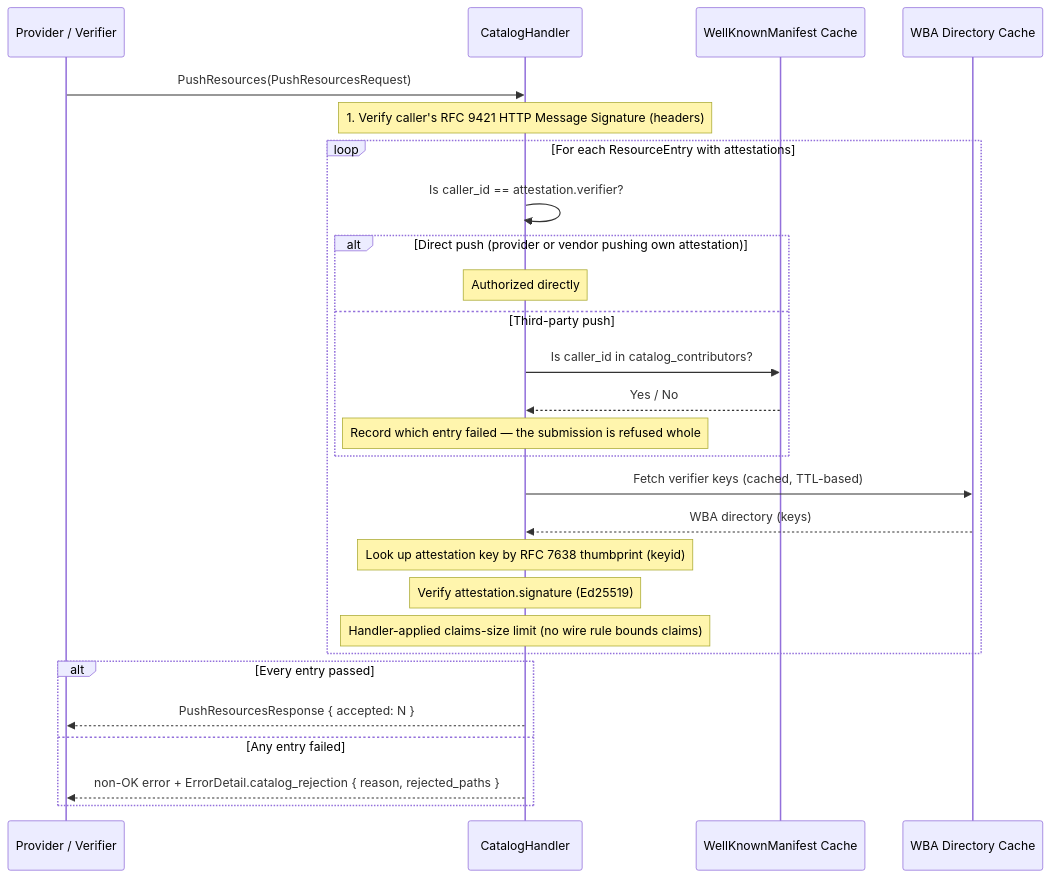
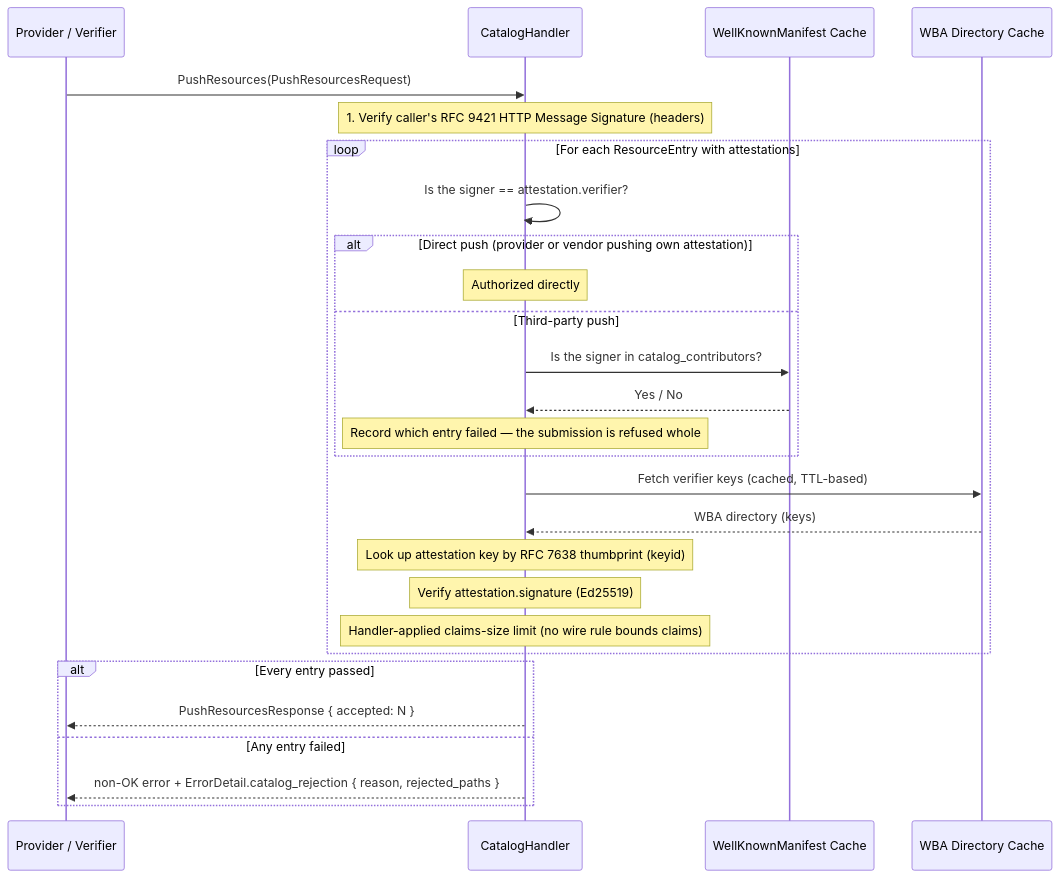
One commit to FORA-Protocol/protocol changed the fourth of 5 diagrams in website/src/content/docs/components/exchange/request-flows.mdx. Above: the diagram before and after it, drawn with Mermaid. The commit also changed 32 other files, not shown here.

````diff
--- a/website/src/content/docs/components/exchange/request-flows.mdx
+++ b/website/src/content/docs/components/exchange/request-flows.mdx
@@ -816,36 +816,36 @@
 ```mermaid
 sequenceDiagram
     participant Caller as Provider / Verifier
     participant Handler as CatalogHandler
     participant Manifest as WellKnownManifest Cache
     participant Verifier as WBA Directory Cache
 
     Caller->>Handler: PushResources(PushResourcesRequest)
 
     Note over Handler: 1. Verify caller's RFC 9421 HTTP Message Signature (headers)
 
     loop For each ResourceEntry with attestations
-        Handler->>Handler: Is caller_id == attestation.verifier?
+        Handler->>Handler: Is the signer == attestation.verifier?
 
         alt Direct push (provider or vendor pushing own attestation)
             Note over Handler: Authorized directly
         else Third-party push
-            Handler->>Manifest: Is caller_id in catalog_contributors?
+            Handler->>Manifest: Is the signer in catalog_contributors?
             Manifest-->>Handler: Yes / No
             Note over Handler: Record which entry failed — the submission is refused whole
         end
 
         Handler->>Verifier: Fetch verifier keys (cached, TTL-based)
         Verifier-->>Handler: WBA directory (keys)
 
         Note over Handler: Look up attestation key by RFC 7638 thumbprint (keyid)
         Note over Handler: Verify attestation.signature (Ed25519)
         Note over Handler: Handler-applied claims-size limit (no wire rule bounds claims)
     end
 
     alt Every entry passed
         Handler-->>Caller: PushResourcesResponse { accepted: N }
     else Any entry failed
         Handler-->>Caller: non-OK error + ErrorDetail.catalog_rejection { reason, rejected_paths }
     end
 ```
````
